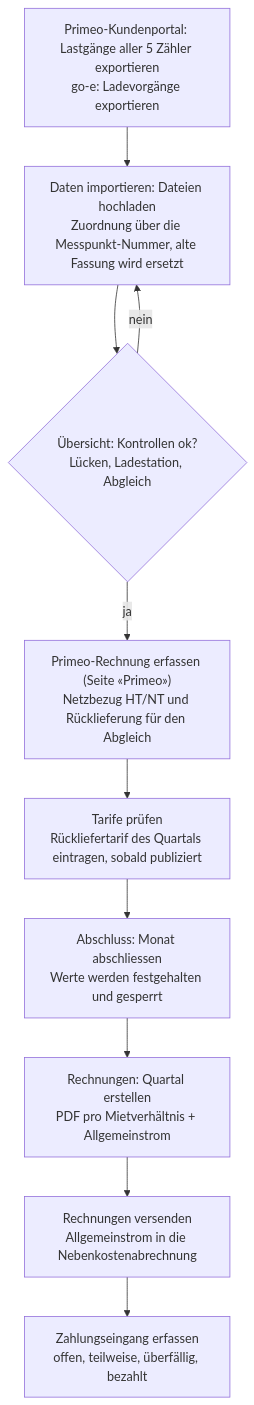
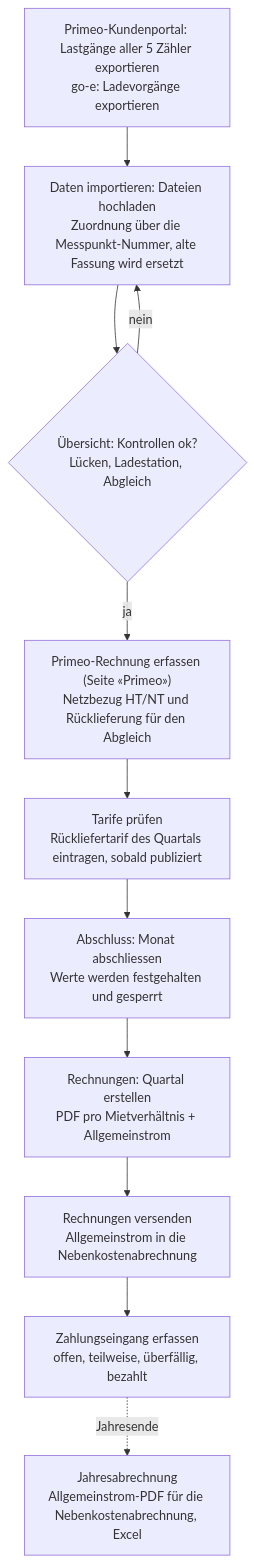
The diagram in docs/prozess-monatlich.mmd (khu1985/vzev-ha), drawn with Mermaid before and after one commit. The commit also changed 8 other files, not shown here.

```diff
--- a/docs/prozess-monatlich.mmd
+++ b/docs/prozess-monatlich.mmd
@@ -1,10 +1,11 @@
 flowchart TD
     A["Primeo-Kundenportal: Lastgänge aller 5 Zähler exportieren<br/>go-e: Ladevorgänge exportieren"] --> B["Daten importieren: Dateien hochladen<br/>Zuordnung über die Messpunkt-Nummer, alte Fassung wird ersetzt"]
     B --> C{"Übersicht: Kontrollen ok?<br/>Lücken, Ladestation, Abgleich"}
     C -- nein --> B
     C -- ja --> D["Primeo-Rechnung erfassen (Seite «Primeo»)<br/>Netzbezug HT/NT und Rücklieferung für den Abgleich"]
     D --> E["Tarife prüfen<br/>Rückliefertarif des Quartals eintragen, sobald publiziert"]
     E --> F["Abschluss: Monat abschliessen<br/>Werte werden festgehalten und gesperrt"]
     F --> G["Rechnungen: Quartal erstellen<br/>PDF pro Mietverhältnis + Allgemeinstrom"]
     G --> H["Rechnungen versenden<br/>Allgemeinstrom in die Nebenkostenabrechnung"]
     H --> Z["Zahlungseingang erfassen<br/>offen, teilweise, überfällig, bezahlt"]
+    Z -. "Jahresende" .-> J["Jahresabrechnung<br/>Allgemeinstrom-PDF für die Nebenkostenabrechnung, Excel"]
```
